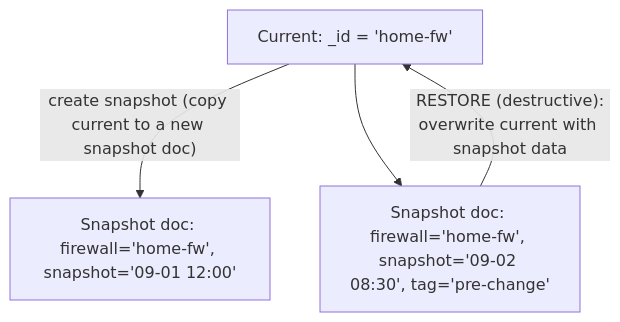
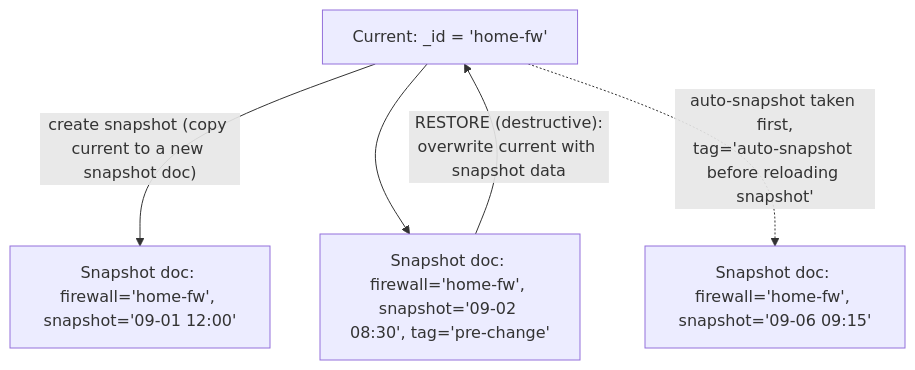
One commit to ibehren1/fw-gui changed the fourth of 8 diagrams in docs/data-architecture.md. Above: the diagram before and after it, drawn with Mermaid. The commit also changed other lines of this file and 10 other files, not shown here.

First line of the commit message:
feat: rework snapshot tags and auto-snapshot before loading

````diff
--- a/docs/data-architecture.md
+++ b/docs/data-architecture.md
@@ -183,10 +183,11 @@
 ```mermaid
 flowchart TD
     Cur["Current: _id = 'home-fw'"]
     Snap1["Snapshot doc: firewall='home-fw', snapshot='09-01 12:00'"]
     Snap2["Snapshot doc: firewall='home-fw', snapshot='09-02 08:30', tag='pre-change'"]
 
     Cur -->|"create snapshot (copy current to a new snapshot doc)"| Snap1
     Cur --> Snap2
     Snap2 -->|"RESTORE (destructive):<br/>overwrite current with snapshot data"| Cur
+    Cur -.->|"auto-snapshot taken first,<br/>tag='auto-snapshot before reloading snapshot'"| Snap3["Snapshot doc: firewall='home-fw', snapshot='09-06 09:15'"]
 ```
````
